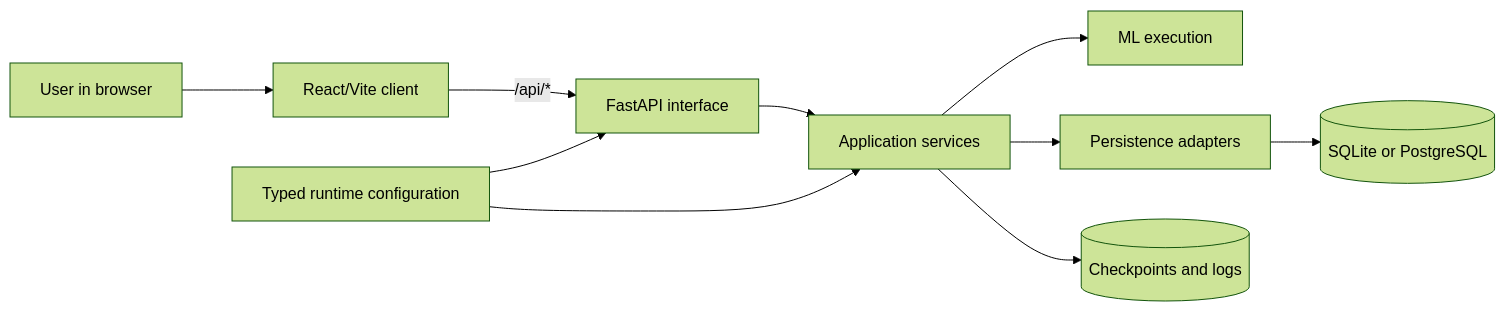
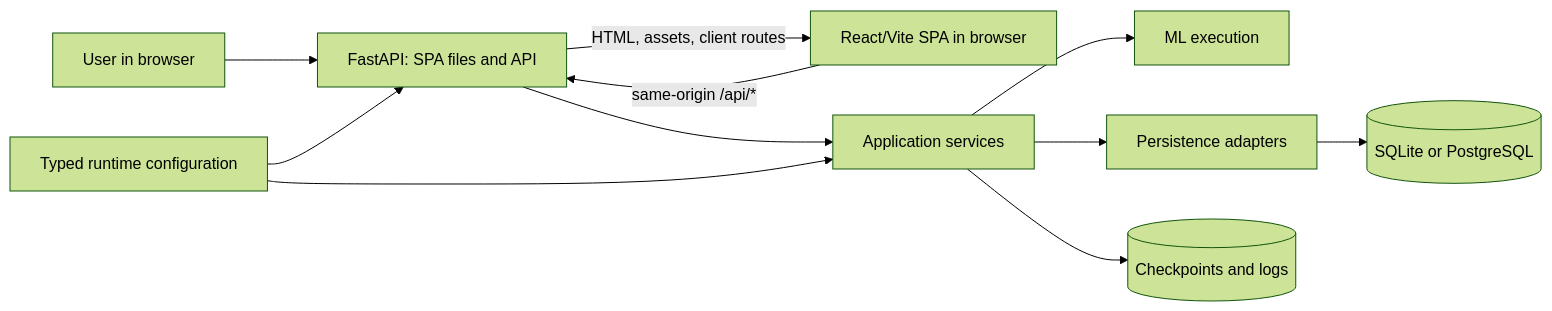
One commit to CTCycle/FAIRS-Roulette-Player changed the diagram in assets/docs/architecture/system_overview.md. Above: the diagram before and after it, drawn with Mermaid (forest theme). The commit also changed other lines of this file and 13 other files, not shown here.

Commit message:
fix: supervise FastAPI SPA launch lifecycle

````diff
--- a/assets/docs/architecture/system_overview.md
+++ b/assets/docs/architecture/system_overview.md
@@ -11,22 +11,23 @@
 ```mermaid
 flowchart LR
     User[User in browser]
-    Client[React/Vite client]
-    API[FastAPI interface]
+    Client[React/Vite SPA in browser]
+    API[FastAPI: SPA files and API]
     Services[Application services]
     Learning[ML execution]
     Repos[Persistence adapters]
     DB[(SQLite or PostgreSQL)]
     Files[(Checkpoints and logs)]
     Config[Typed runtime configuration]
 
-    User --> Client
-    Client -->|/api/*| API
+    User --> API
+    API -->|HTML, assets, client routes| Client
+    Client -->|same-origin /api/*| API
     API --> Services
     Services --> Learning
     Services --> Repos
     Repos --> DB
     Services --> Files
     Config --> API
     Config --> Services
 ```
````
